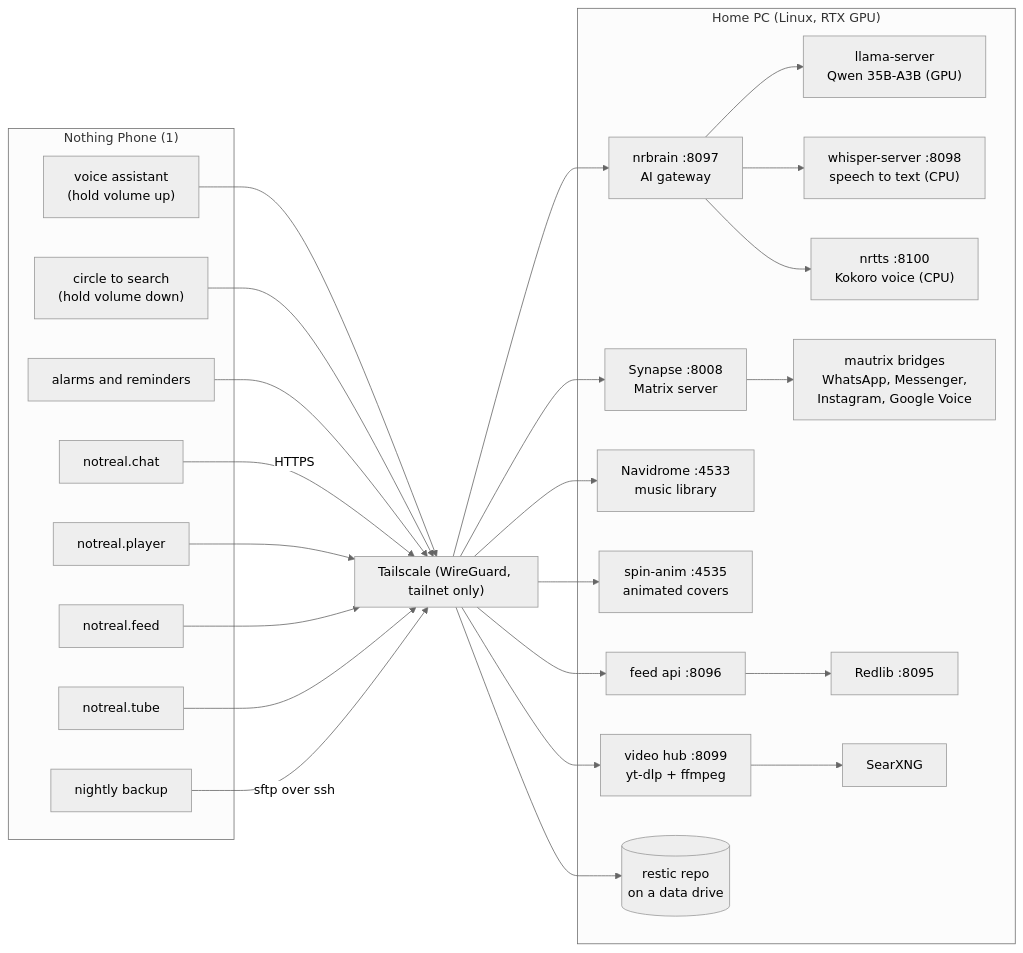
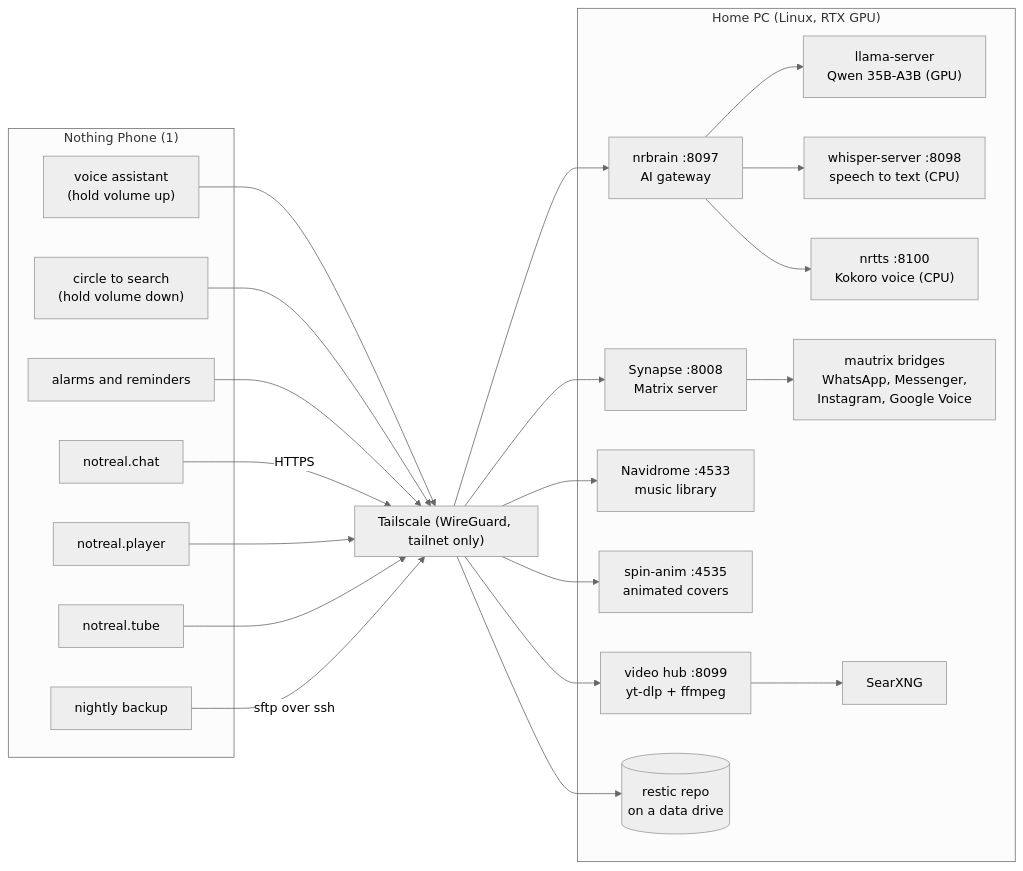
One commit to notrealOS/NotrealOS changed the diagram in docs/pc-link.md. Above: the diagram before and after it, drawn with Mermaid (neutral theme). The commit also changed other lines of this file and 107 other files, not shown here.

````diff
--- a/docs/pc-link.md
+++ b/docs/pc-link.md
@@ -11,40 +11,36 @@
 ```mermaid
 flowchart LR
     subgraph phone["Nothing Phone (1)"]
         voiced["voice assistant<br/>(hold volume up)"]
         circle["circle to search<br/>(hold volume down)"]
         alarm["alarms and reminders"]
         chat["notreal.chat"]
         player["notreal.player"]
-        feed["notreal.feed"]
         tube["notreal.tube"]
         backup["nightly backup"]
     end
 
     subgraph ts["Tailscale (WireGuard, tailnet only)"]
     end
 
     subgraph pc["Home PC (Linux, RTX GPU)"]
         brain["nrbrain :8097<br/>AI gateway"]
         llm["llama-server<br/>Qwen 35B-A3B (GPU)"]
         whisper["whisper-server :8098<br/>speech to text (CPU)"]
         tts["nrtts :8100<br/>Kokoro voice (CPU)"]
         synapse["Synapse :8008<br/>Matrix server"]
         bridges["mautrix bridges<br/>WhatsApp, Messenger,<br/>Instagram, Google Voice"]
         navidrome["Navidrome :4533<br/>music library"]
         anim["spin-anim :4535<br/>animated covers"]
-        redlib["Redlib :8095"]
-        api["feed api :8096"]
         hub["video hub :8099<br/>yt-dlp + ffmpeg"]
         searx["SearXNG"]
         storage[("restic repo<br/>on a data drive")]
     end
 
     voiced & circle & alarm --> ts --> brain
     brain --> llm & whisper & tts
     chat -->|HTTPS| ts --> synapse --> bridges
     player --> ts --> navidrome & anim
-    feed --> ts --> api --> redlib
     tube --> ts --> hub --> searx
     backup -->|sftp over ssh| ts --> storage
 ```
````
